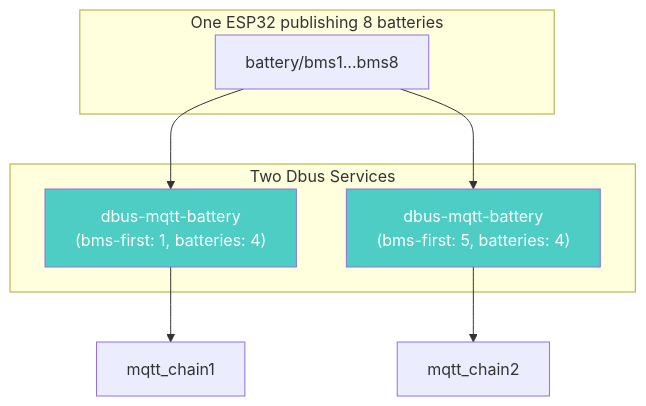
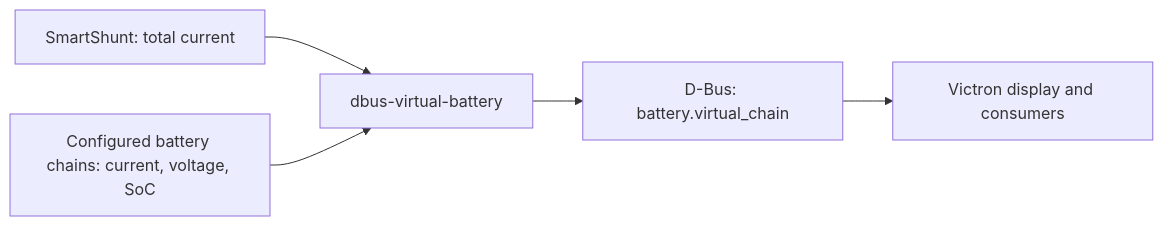
Before and after one commit to victron-venus/dbus-virtual-battery: the diagram in .github/docs/system-architecture.md, drawn with Mermaid. The commit also changed other lines of this file, not shown here.

Commit message:
docs: describe the virtual battery data flow (#104)

````diff
--- a/.github/docs/system-architecture.md
+++ b/.github/docs/system-architecture.md
@@ -45,17 +9,7 @@
 ```mermaid
-flowchart TB
-    subgraph ESP["One ESP32 publishing 8 batteries"]
-        MQTT["battery/bms1...bms8"]
-    end
-
-    subgraph Services["Two Dbus Services"]
-        S1["dbus-mqtt-battery\n(bms-first: 1, batteries: 4)"]
-        S2["dbus-mqtt-battery\n(bms-first: 5, batteries: 4)"]
-    end
-
-    MQTT --> S1; MQTT --> S2
-    S1 --> C1["mqtt_chain1"]; S2 --> C2["mqtt_chain2"]
-
-    style S1 fill:#4ecdc4,color:#fff
-    style S2 fill:#4ecdc4,color:#fff
+flowchart LR
+    SHUNT["SmartShunt: total current"] --> VIRTUAL["dbus-virtual-battery"]
+    CHAINS["Configured battery chains: current, voltage, SoC"] --> VIRTUAL
+    VIRTUAL --> DBUS["D-Bus: battery.virtual_chain"]
+    DBUS --> GX["Victron display and consumers"]
 ```
````
